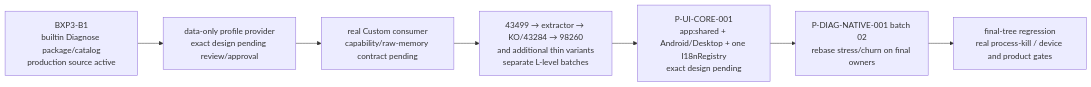
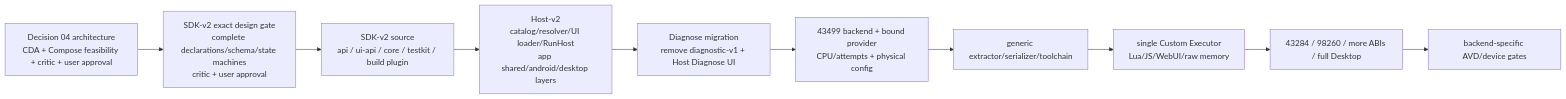
One commit to YuKongA/ghostlock-app changed the fourth of 4 diagrams in docs/development/active-plan-target-uml.md. Above: the diagram before and after it, drawn with Mermaid. The commit also changed other lines of this file and 14 other files, not shown here.

Commit message:
docs(architecture): redesign plugin system through CDA

````diff
--- a/docs/development/active-plan-target-uml.md
+++ b/docs/development/active-plan-target-uml.md
@@ -273,12 +239,15 @@
 ```mermaid
 flowchart LR
-  B1["BXP3-B1\nbuiltin Diagnose package/catalog\nproduction source active"]
-  P["data-only profile provider\nexact design pending review/approval"]
-  C["real Custom consumer\ncapability/raw-memory contract pending"]
-  R["43499 → extractor → KO/43284 → 98260\nand additional thin variants\nseparate L-level batches"]
-  U["P-UI-CORE-001\napp:shared + Android/Desktop + one I18nRegistry\nexact design pending"]
-  D["P-DIAG-NATIVE-001 batch 02\nrebase stress/churn on final owners"]
-  V["final-tree regression\nreal process-kill / device and product gates"]
+  D4["Decision 04 architecture<br/>CDA + Compose feasibility + critic + user approval"]
+  EXACT["SDK-v2 exact design gate<br/>complete declarations/schema/state machines<br/>critic + user approval"]
+  SDK["SDK-v2 source<br/>api / ui-api / core / testkit / build plugin"]
+  HOST["Host-v2<br/>catalog/resolver/UI loader/RunHost<br/>app shared/android/desktop layers"]
+  DIAG["Diagnose migration<br/>remove diagnostic-v1 + Host Diagnose UI"]
+  B43499["43499 backend + bound provider<br/>CPU/attempts + physical config"]
+  TOOLS["generic extractor/serializer/toolchain"]
+  CUSTOM["single Custom Executor<br/>Lua/JS/WebUI/raw memory"]
+  NEXT["43284 / 98260 / more ABIs / full Desktop"]
+  DEVICE["backend-specific AVD/device gates"]
 
-  B1 --> P --> C --> R --> U --> D --> V
+  D4 --> EXACT --> SDK --> HOST --> DIAG --> B43499 --> TOOLS --> CUSTOM --> NEXT --> DEVICE
 ```
````
